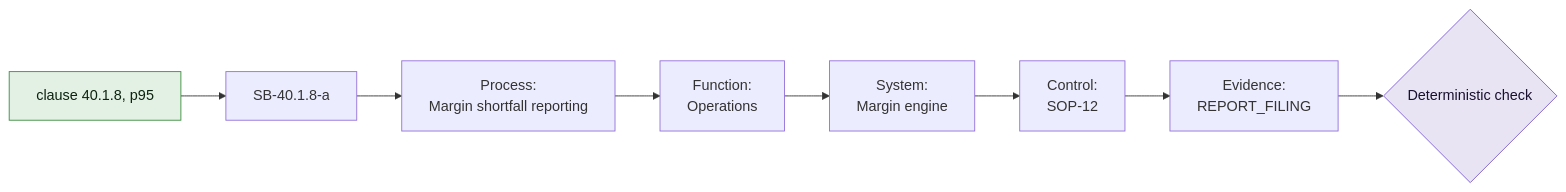
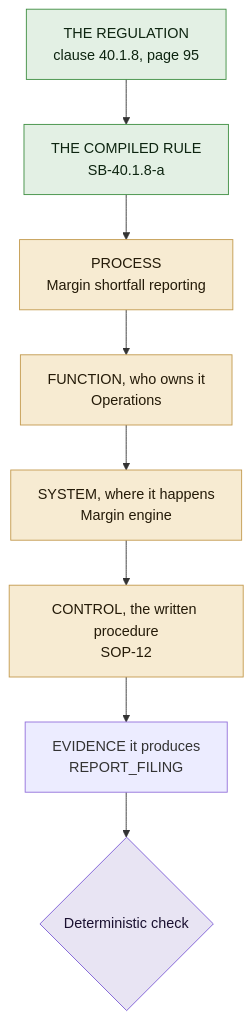
One commit to yerramsettysuchita/sanhita changed the tenth of 15 diagrams in README.md. Above: the diagram before and after it, drawn with Mermaid. The commit also changed other lines of this file, not shown here.

````diff
--- a/README.md
+++ b/README.md
@@ -815,13 +815,18 @@
 ```mermaid
-flowchart LR
-    CL["clause 40.1.8, p95"] --> OB["SB-40.1.8-a"]
-    OB --> PR["Process:<br/>Margin shortfall reporting"]
-    PR --> FN["Function:<br/>Operations"]
-    FN --> SY["System:<br/>Margin engine"]
-    SY --> CT["Control:<br/>SOP-12"]
-    CT --> EV["Evidence:<br/>REPORT_FILING"]
+flowchart TD
+    CL["THE REGULATION<br/>clause 40.1.8, page 95"] --> OB["THE COMPILED RULE<br/>SB-40.1.8-a"]
+    OB --> PR["PROCESS<br/>Margin shortfall reporting"]
+    PR --> FN["FUNCTION, who owns it<br/>Operations"]
+    FN --> SY["SYSTEM, where it happens<br/>Margin engine"]
+    SY --> CT["CONTROL, the written procedure<br/>SOP-12"]
+    CT --> EV["EVIDENCE it produces<br/>REPORT_FILING"]
     EV --> CK{"Deterministic check"}
 
+    style CL fill:#E3F0E4,stroke:#3E8E41,color:#0d2410
+    style OB fill:#E3F0E4,stroke:#3E8E41,color:#0d2410
+    style PR fill:#F7EBD2,stroke:#C39A4E,color:#241a08
+    style FN fill:#F7EBD2,stroke:#C39A4E,color:#241a08
+    style SY fill:#F7EBD2,stroke:#C39A4E,color:#241a08
+    style CT fill:#F7EBD2,stroke:#C39A4E,color:#241a08
     style CK fill:#E8E4F3,stroke:#7C5CD6,color:#1a1030
-    style CL fill:#E3F0E4,stroke:#3E8E41,color:#0d2410
 ```
````
